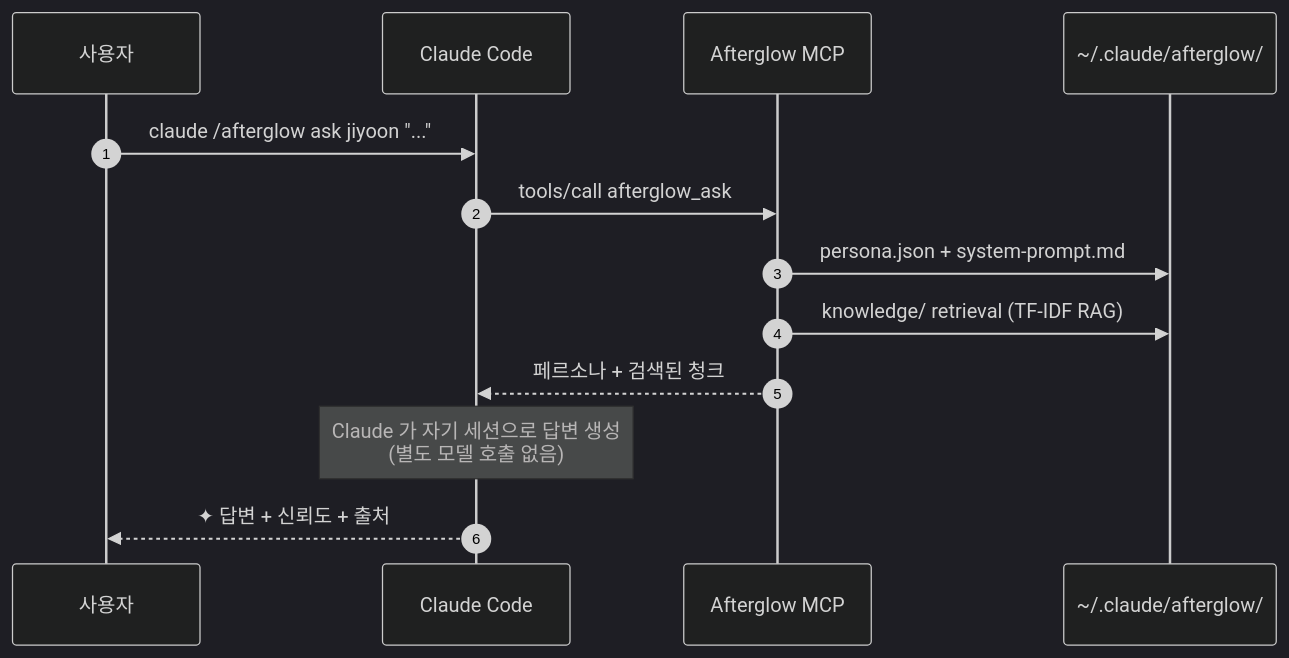
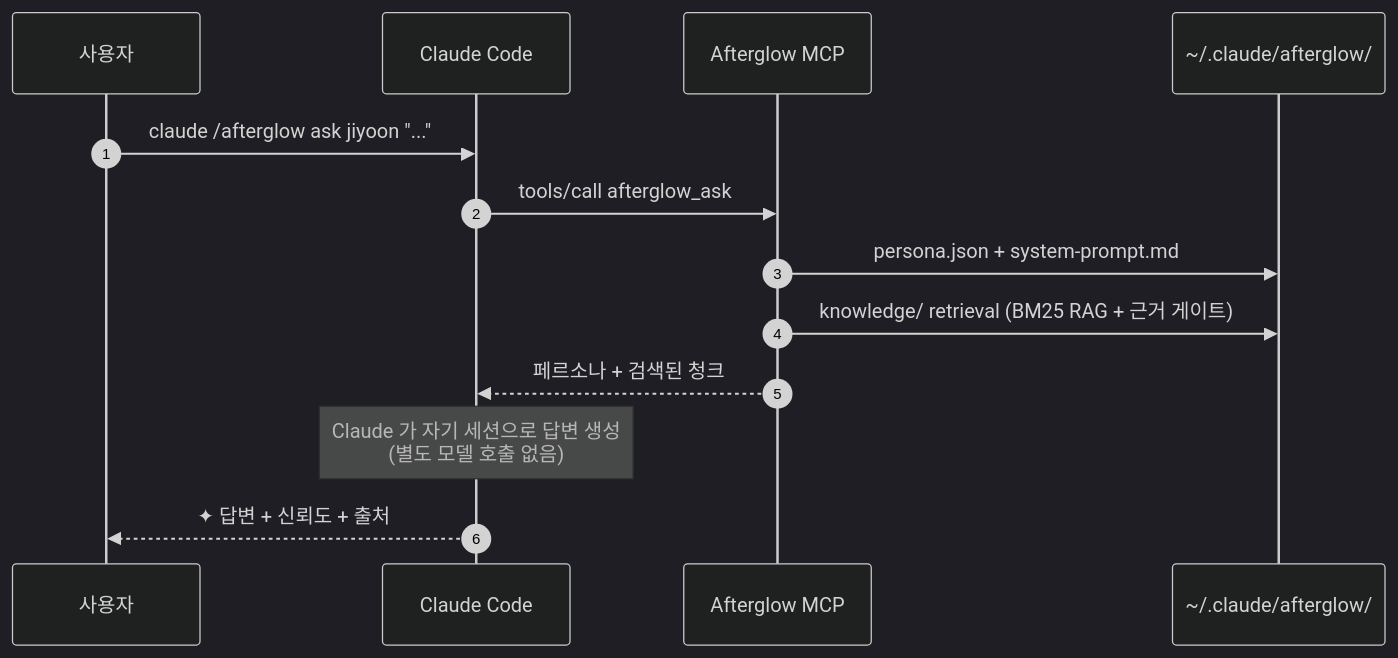
The diagram in README.ko.md (DaeSeokSong/afterglow-claude-mcp), drawn with Mermaid (dark theme) before and after one commit. The commit also changed other lines of this file and 12 other files, not shown here.

````diff
--- a/README.ko.md
+++ b/README.ko.md
@@ -317,16 +317,16 @@
 ```mermaid
 sequenceDiagram
     autonumber
     participant U as 사용자
     participant CC as Claude Code
     participant MCP as Afterglow MCP
     participant FS as ~/.claude/afterglow/
 
     U->>CC: claude /afterglow ask jiyoon "..."
     CC->>MCP: tools/call afterglow_ask
     MCP->>FS: persona.json + system-prompt.md
-    MCP->>FS: knowledge/ retrieval (TF-IDF RAG)
+    MCP->>FS: knowledge/ retrieval (BM25 RAG + 근거 게이트)
     MCP-->>CC: 페르소나 + 검색된 청크
     Note over CC: Claude 가 자기 세션으로 답변 생성<br/>(별도 모델 호출 없음)
     CC-->>U: ✦ 답변 + 신뢰도 + 출처
 ```
````
